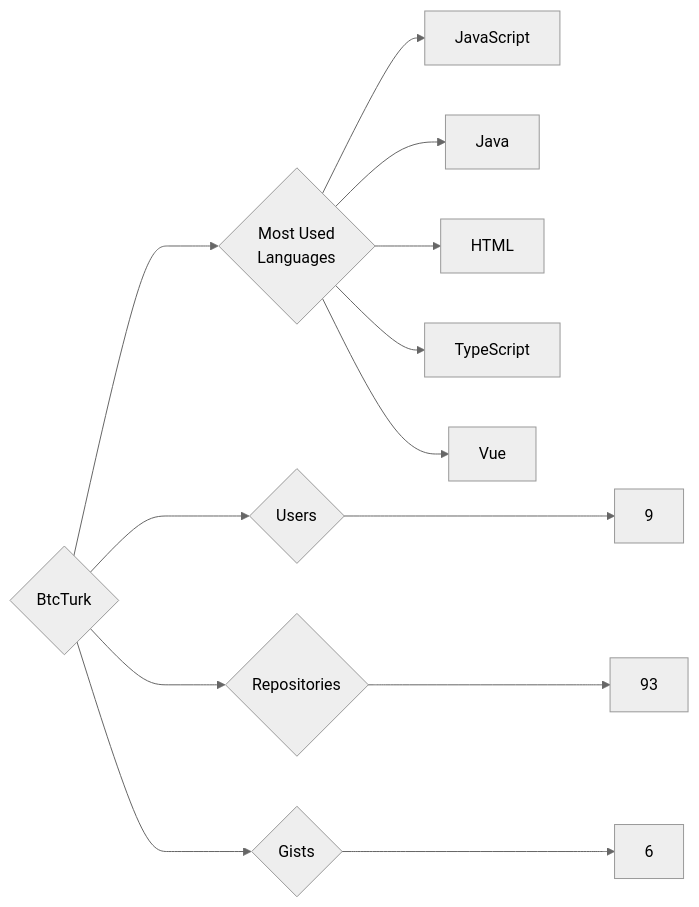
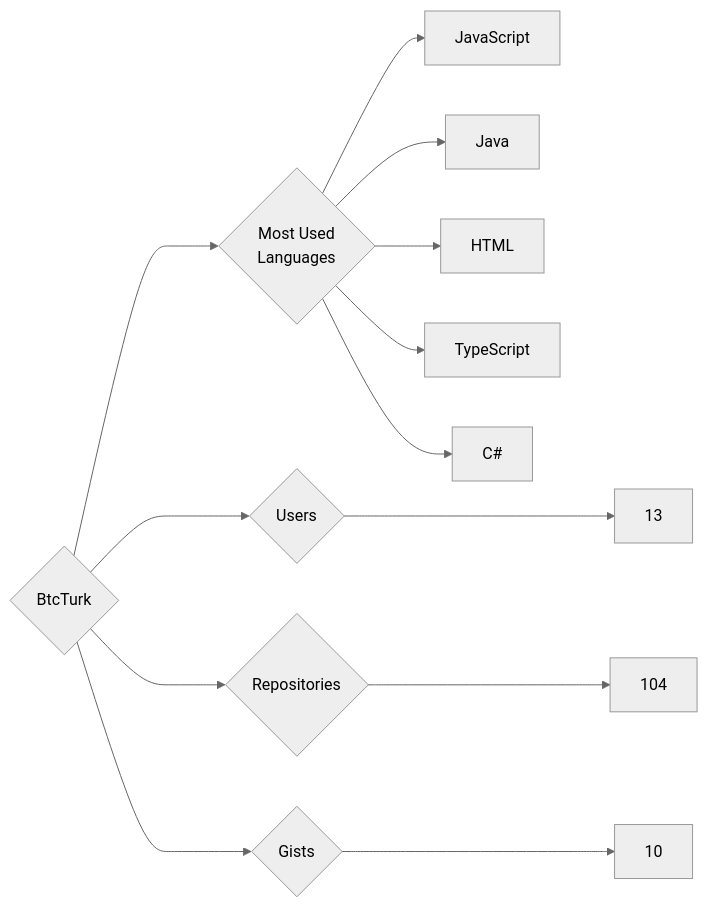
Before and after one commit to trickest/insiders: the diagram in targets/BtcTurk/README.md, drawn with Mermaid (neutral theme). The commit also changed 1141 other files, not shown here.

````diff
--- a/targets/BtcTurk/README.md
+++ b/targets/BtcTurk/README.md
@@ -3,13 +3,13 @@
 ```mermaid
 graph LR
 COMPANY_NAME{BtcTurk}
-COMPANY_NAME ---> U{Users} ---> UN[9]
-COMPANY_NAME ---> R{Repositories} ---> RN[93]
-COMPANY_NAME ---> G{Gists} ---> GN[6]
+COMPANY_NAME ---> U{Users} ---> UN[13]
+COMPANY_NAME ---> R{Repositories} ---> RN[104]
+COMPANY_NAME ---> G{Gists} ---> GN[10]
 COMPANY_NAME ---> ML{Most Used<br>Languages}
 ML --> JavaScript[JavaScript]
 ML --> Java[Java]
 ML --> HTML[HTML]
 ML --> TypeScript[TypeScript]
-ML --> Vue[Vue]
+ML --> C#[C#]
 ```
````
